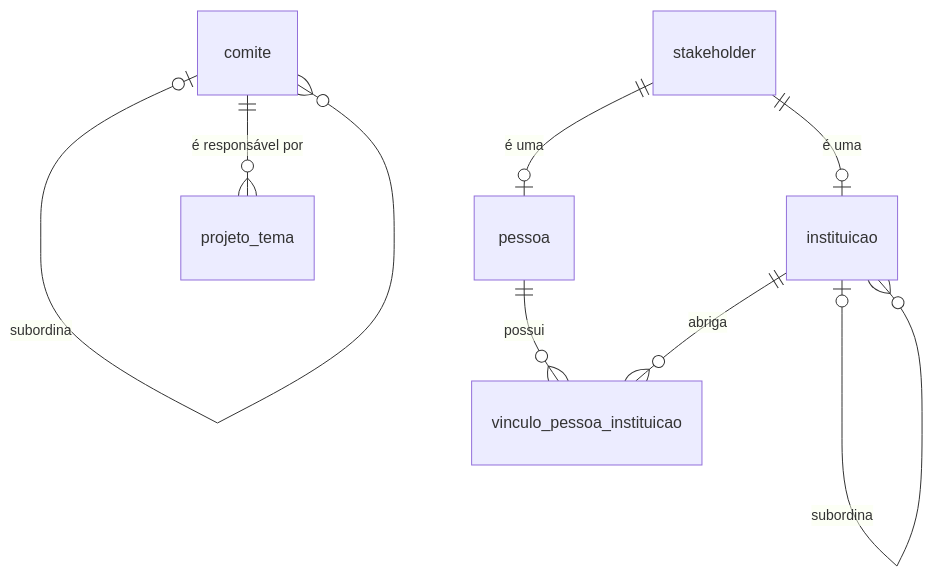
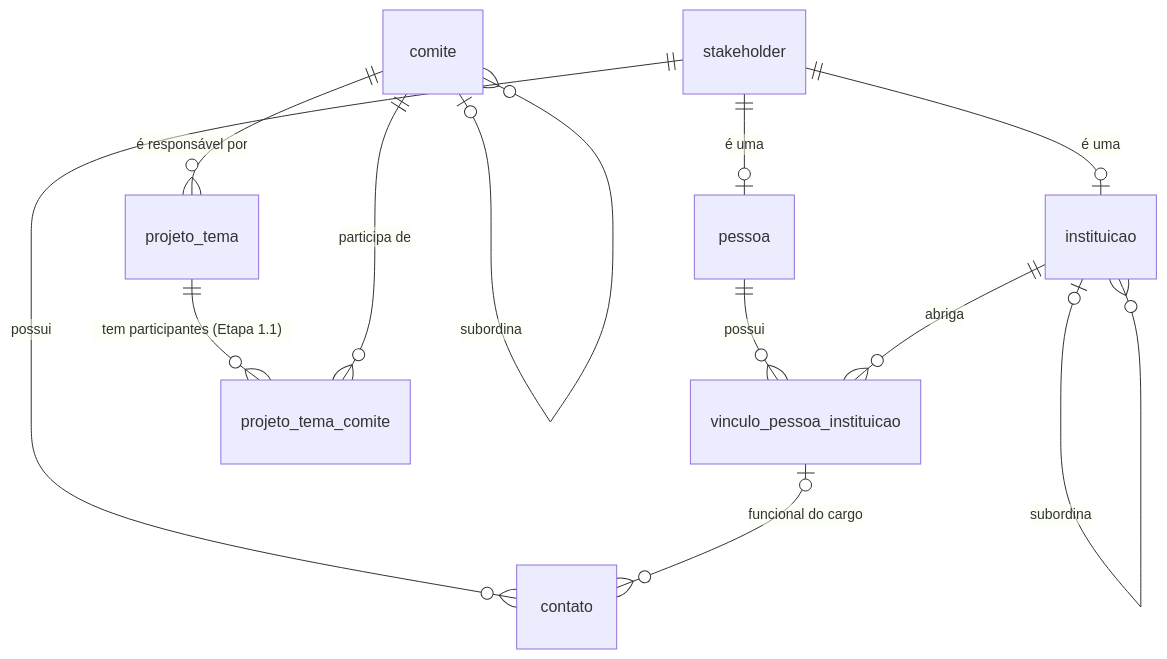
One commit to leorock7-sketch/crm-estrategico-es-em-acao changed the first of 5 diagrams in docs/MODELO_DADOS.md. Above: the diagram before and after it, drawn with Mermaid. The commit also changed other lines of this file and 44 other files, not shown here.

````diff
--- a/docs/MODELO_DADOS.md
+++ b/docs/MODELO_DADOS.md
@@ -54,10 +55,14 @@
 ```mermaid
 erDiagram
     comite |o--o{ comite : "subordina"
     comite ||--o{ projeto_tema : "é responsável por"
     stakeholder ||--o| pessoa : "é uma"
     stakeholder ||--o| instituicao : "é uma"
     pessoa ||--o{ vinculo_pessoa_instituicao : "possui"
     instituicao ||--o{ vinculo_pessoa_instituicao : "abriga"
     instituicao |o--o{ instituicao : "subordina"
+    stakeholder ||--o{ contato : "possui"
+    vinculo_pessoa_instituicao |o--o{ contato : "funcional do cargo"
+    projeto_tema ||--o{ projeto_tema_comite : "tem participantes (Etapa 1.1)"
+    comite ||--o{ projeto_tema_comite : "participa de"
 ```
````
